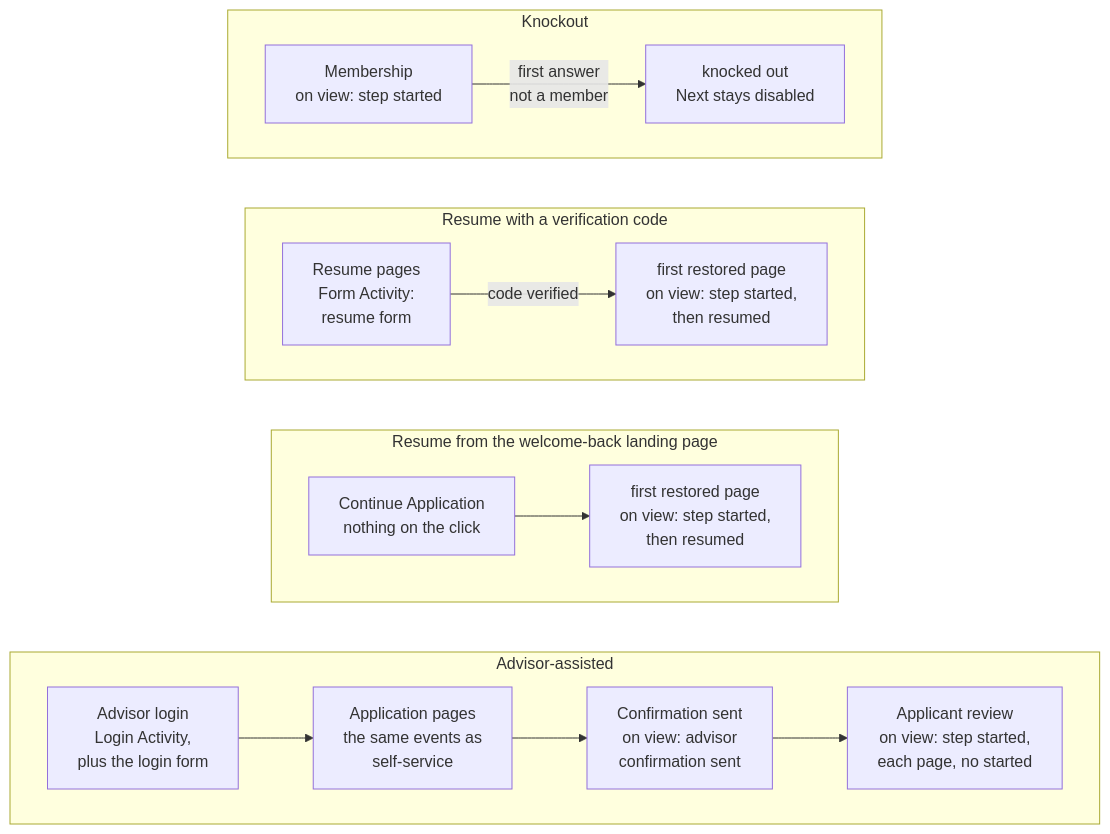
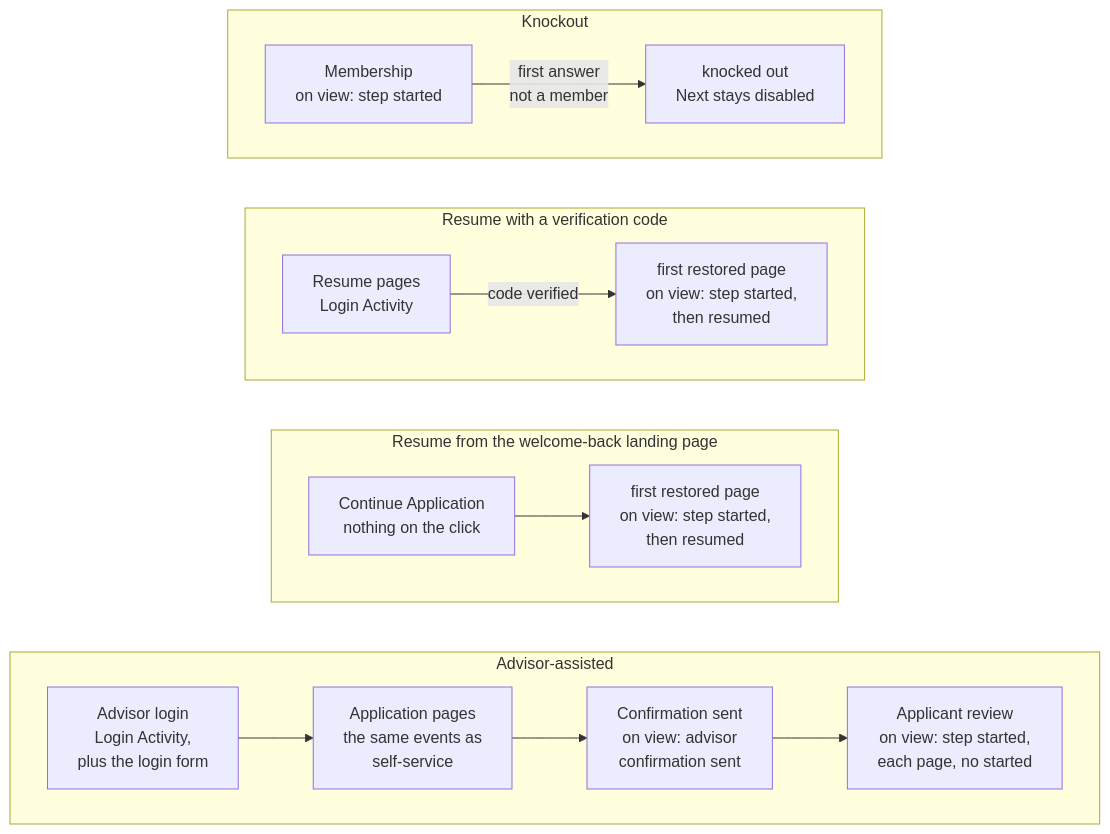
Before and after one commit to further-external/client-nyl-gmad-dl-spec: the second of 2 diagrams in application-journey.md, drawn with Mermaid. The commit also changed 20 other files, not shown here.

````diff
--- a/application-journey.md
+++ b/application-journey.md
@@ -59,20 +59,20 @@
 ```mermaid
 flowchart TB
   subgraph KO["Knockout"]
     direction LR
     K1["Membership<br/>on view: step started"] -->|"first answer<br/>not a member"| K2["knocked out<br/>Next stays disabled"]
   end
   subgraph RC["Resume with a verification code"]
     direction LR
-    R1["Resume pages<br/>Form Activity:<br/>resume form"] -->|"code verified"| R2["first restored page<br/>on view: step started,<br/>then resumed"]
+    R1["Resume pages<br/>Login Activity"] -->|"code verified"| R2["first restored page<br/>on view: step started,<br/>then resumed"]
   end
   subgraph WB["Resume from the welcome-back landing page"]
     direction LR
     W1["Continue Application<br/>nothing on the click"] --> W2["first restored page<br/>on view: step started,<br/>then resumed"]
   end
   subgraph AD["Advisor-assisted"]
     direction LR
     A1["Advisor login<br/>Login Activity,<br/>plus the login form"] --> A2["Application pages<br/>the same events as<br/>self-service"] --> A3["Confirmation sent<br/>on view: advisor<br/>confirmation sent"] --> A4["Applicant review<br/>on view: step started,<br/>each page, no started"]
   end
   KO ~~~ RC ~~~ WB ~~~ AD
 ```
````
